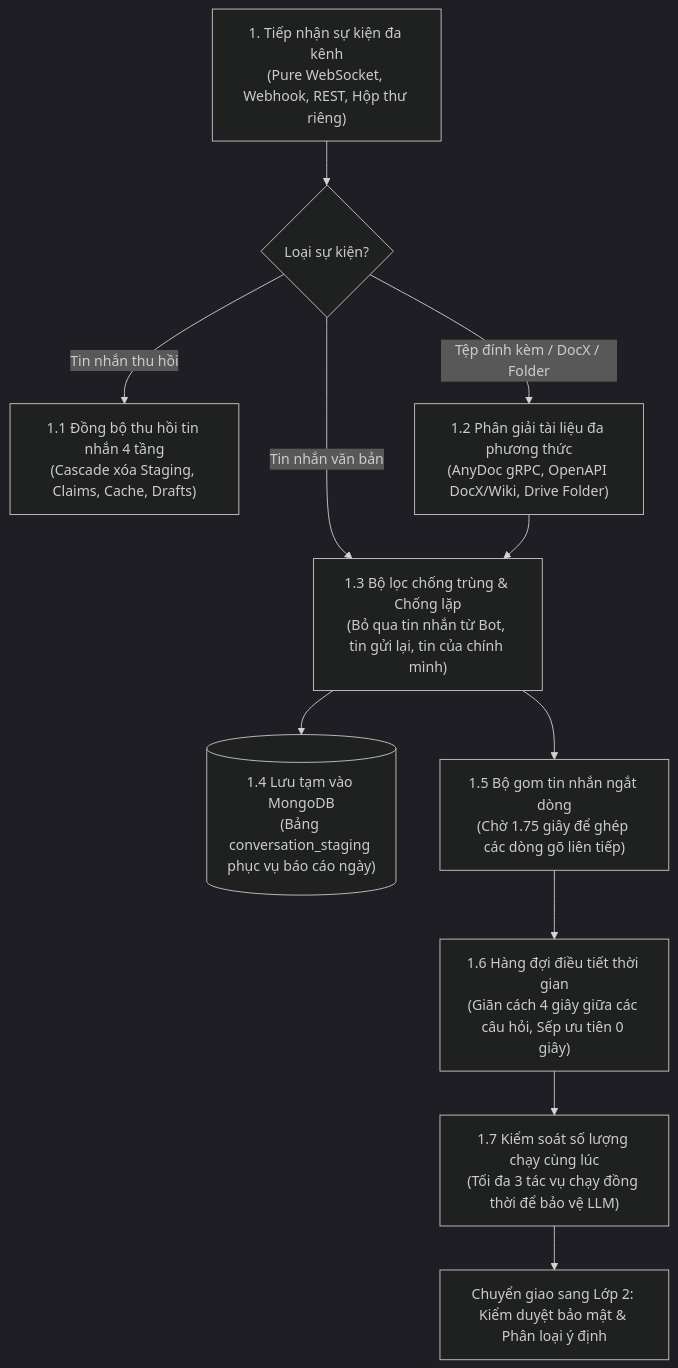
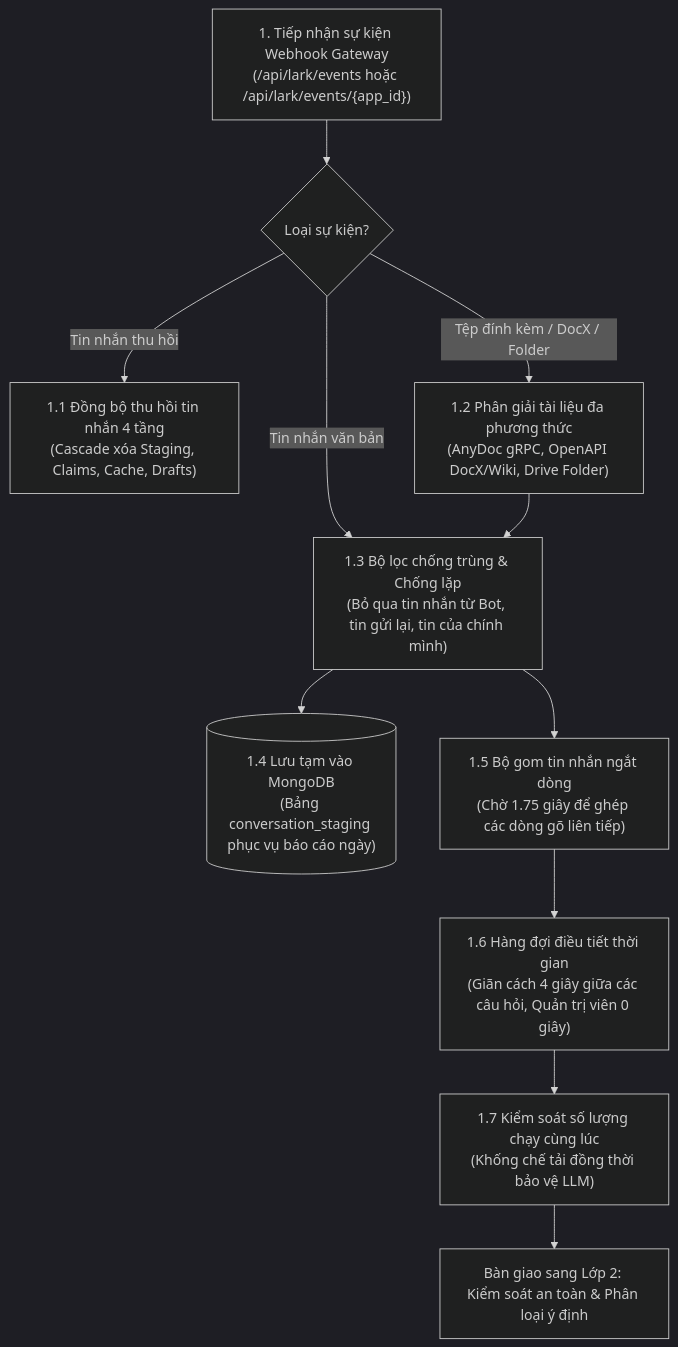
One commit to tetsde/LarkAssistant changed the diagram in server/docs/layer1/layer1.md. Above: the diagram before and after it, drawn with Mermaid (dark theme). The commit also changed other lines of this file and 20 other files, not shown here.

Commit message:
docs: update architecture documentation and diagrams

````diff
--- a/server/docs/layer1/layer1.md
+++ b/server/docs/layer1/layer1.md
@@ -20,15 +27,15 @@
 ```mermaid
 flowchart TD
-    A["1. Tiếp nhận sự kiện đa kênh<br/>(Pure WebSocket, Webhook, REST, Hộp thư riêng)"] --> Fork{"Loại sự kiện?"}
+    A["1. Tiếp nhận sự kiện Webhook Gateway<br/>(/api/lark/events hoặc /api/lark/events/{app_id})"] --> Fork{"Loại sự kiện?"}
     
     Fork -->|Tin nhắn thu hồi| Recall["1.1 Đồng bộ thu hồi tin nhắn 4 tầng<br/>(Cascade xóa Staging, Claims, Cache, Drafts)"]
     Fork -->|Tệp đính kèm / DocX / Folder| DocHandler["1.2 Phân giải tài liệu đa phương thức<br/>(AnyDoc gRPC, OpenAPI DocX/Wiki, Drive Folder)"]
     Fork -->|Tin nhắn văn bản| Dedup["1.3 Bộ lọc chống trùng & Chống lặp<br/>(Bỏ qua tin nhắn từ Bot, tin gửi lại, tin của chính mình)"]
     
     DocHandler --> Dedup
     Dedup --> Staging[("1.4 Lưu tạm vào MongoDB<br/>(Bảng conversation_staging phục vụ báo cáo ngày)")]
     Dedup --> Debounce["1.5 Bộ gom tin nhắn ngắt dòng<br/>(Chờ 1.75 giây để ghép các dòng gõ liên tiếp)"]
-    Debounce --> Cooldown["1.6 Hàng đợi điều tiết thời gian<br/>(Giãn cách 4 giây giữa các câu hỏi, Sếp ưu tiên 0 giây)"]
-    Cooldown --> Concurrency["1.7 Kiểm soát số lượng chạy cùng lúc<br/>(Tối đa 3 tác vụ chạy đồng thời để bảo vệ LLM)"]
-    Concurrency --> Next["Chuyển giao sang Lớp 2: Kiểm duyệt bảo mật & Phân loại ý định"]
+    Debounce --> Cooldown["1.6 Hàng đợi điều tiết thời gian<br/>(Giãn cách 4 giây giữa các câu hỏi, Quản trị viên 0 giây)"]
+    Cooldown --> Concurrency["1.7 Kiểm soát số lượng chạy cùng lúc<br/>(Khống chế tải đồng thời bảo vệ LLM)"]
+    Concurrency --> Next["Bàn giao sang Lớp 2: Kiểm soát an toàn & Phân loại ý định"]
 ```
````
